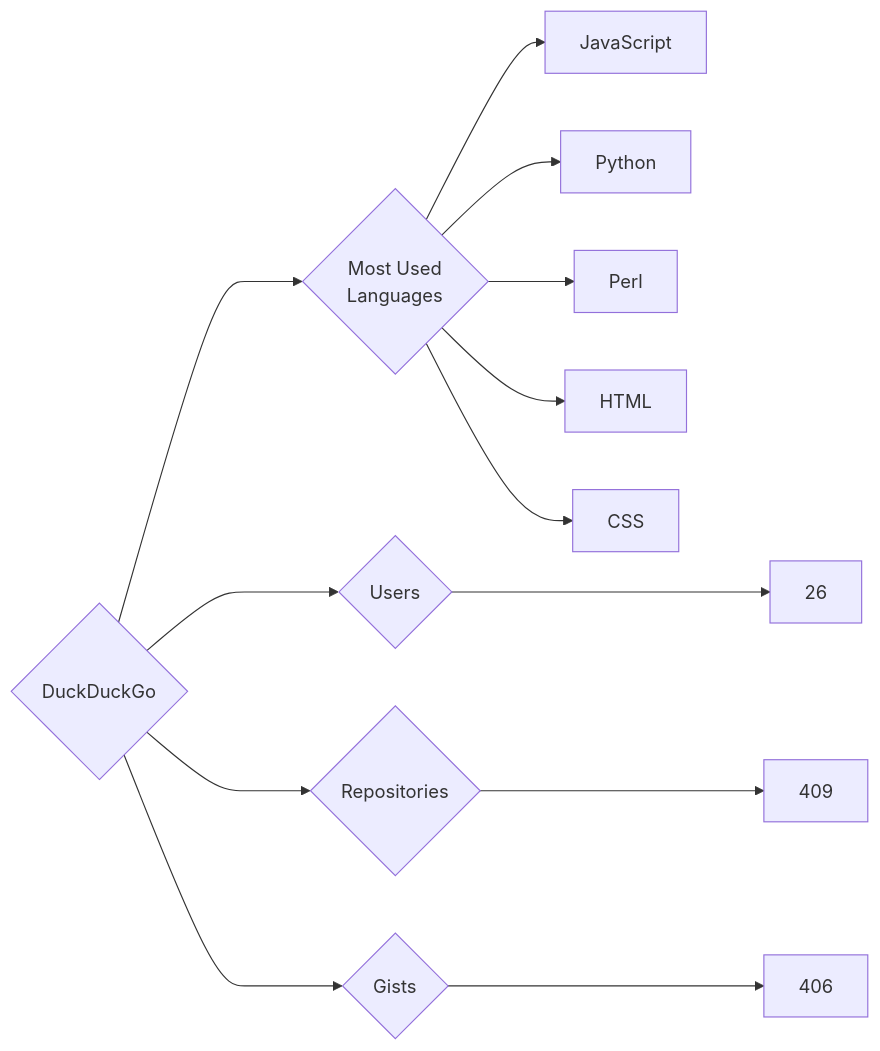
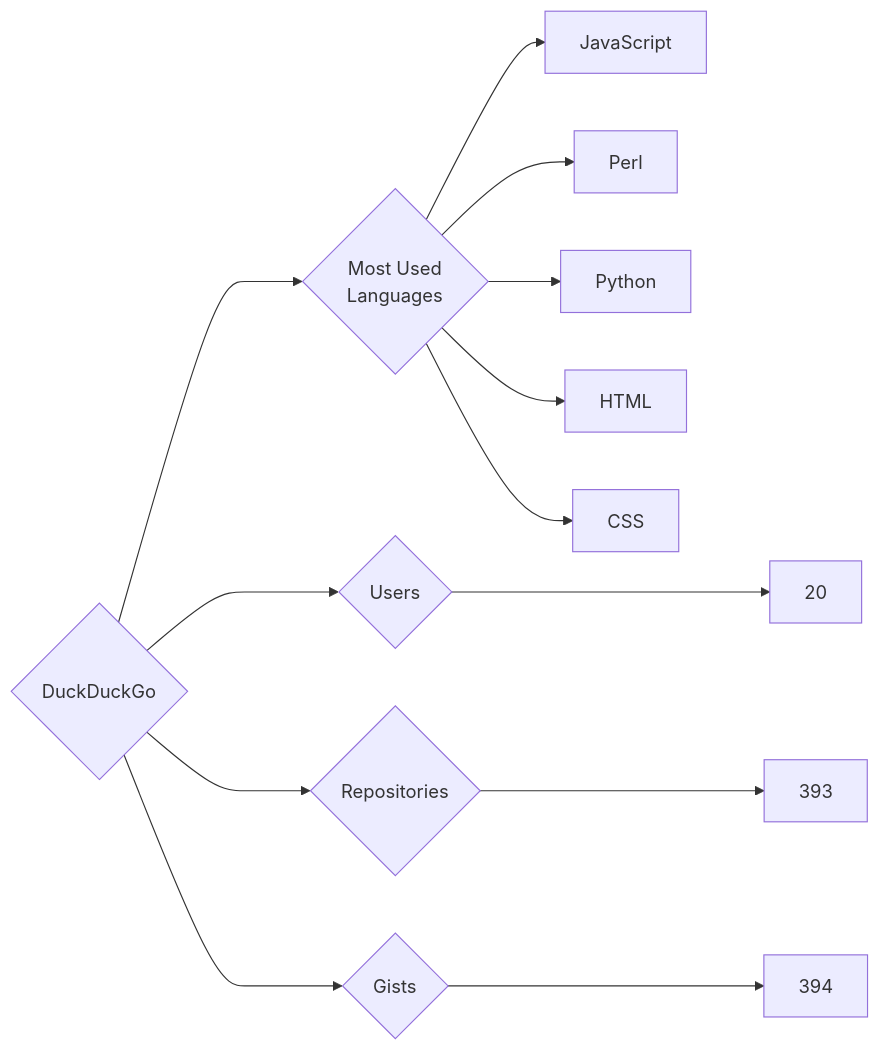
One commit to trickest/insiders changed the diagram in targets/DuckDuckGo/README.md. Above: the diagram before and after it, drawn with Mermaid. The commit also changed 888 other files, not shown here.

````diff
--- a/targets/DuckDuckGo/README.md
+++ b/targets/DuckDuckGo/README.md
@@ -3,13 +3,13 @@
 ```mermaid
 graph LR
 COMPANY_NAME{DuckDuckGo}
-COMPANY_NAME ---> U{Users} ---> UN[26]
-COMPANY_NAME ---> R{Repositories} ---> RN[409]
-COMPANY_NAME ---> G{Gists} ---> GN[406]
+COMPANY_NAME ---> U{Users} ---> UN[20]
+COMPANY_NAME ---> R{Repositories} ---> RN[393]
+COMPANY_NAME ---> G{Gists} ---> GN[394]
 COMPANY_NAME ---> ML{Most Used<br>Languages}
 ML --> JavaScript[JavaScript]
+ML --> Perl[Perl]
 ML --> Python[Python]
-ML --> Perl[Perl]
 ML --> HTML[HTML]
 ML --> CSS[CSS]
 ```
````
